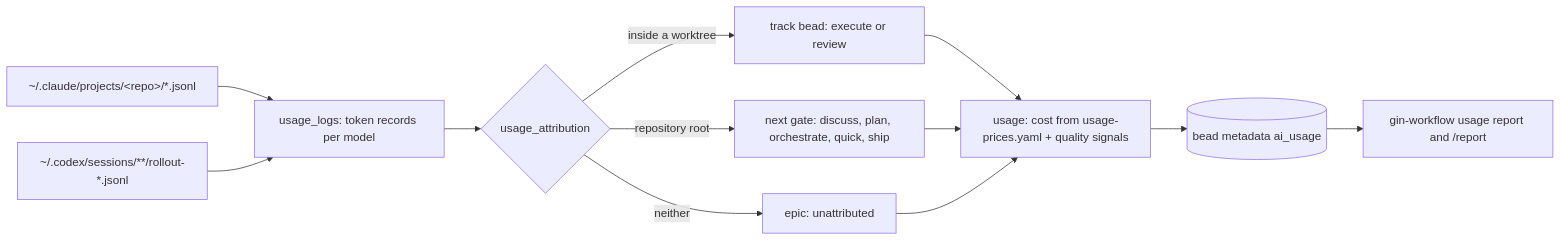
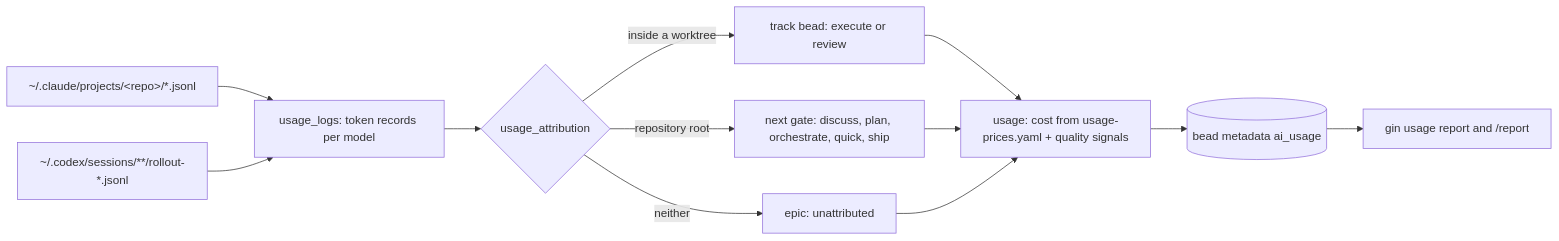
The sixth of 6 diagrams in docs/concepts/architecture.md (giangdhwhtbr/gin-workflow), drawn with Mermaid before and after one commit. The commit also changed other lines of this file and 42 other files, not shown here.

Commit message:
docs: gin CLI and gin: skill names everywhere, upgrade notes (gin-workflow-rename-gin)

````diff
--- a/docs/concepts/architecture.md
+++ b/docs/concepts/architecture.md
@@ -159,12 +159,12 @@
 ```mermaid
 flowchart LR
     L1[~/.claude/projects/&lt;repo&gt;/*.jsonl] --> A
     L2[~/.codex/sessions/**/rollout-*.jsonl] --> A
     A[usage_logs: token records per model] --> B{usage_attribution}
     B -->|inside a worktree| T[track bead: execute or review]
     B -->|repository root| G[next gate: discuss, plan, orchestrate, quick, ship]
     B -->|neither| UA[epic: unattributed]
     T & G & UA --> S[usage: cost from usage-prices.yaml + quality signals]
     S --> M[(bead metadata ai_usage)]
-    M --> R[gin-workflow usage report and /report]
+    M --> R[gin usage report and /report]
 ```
````
